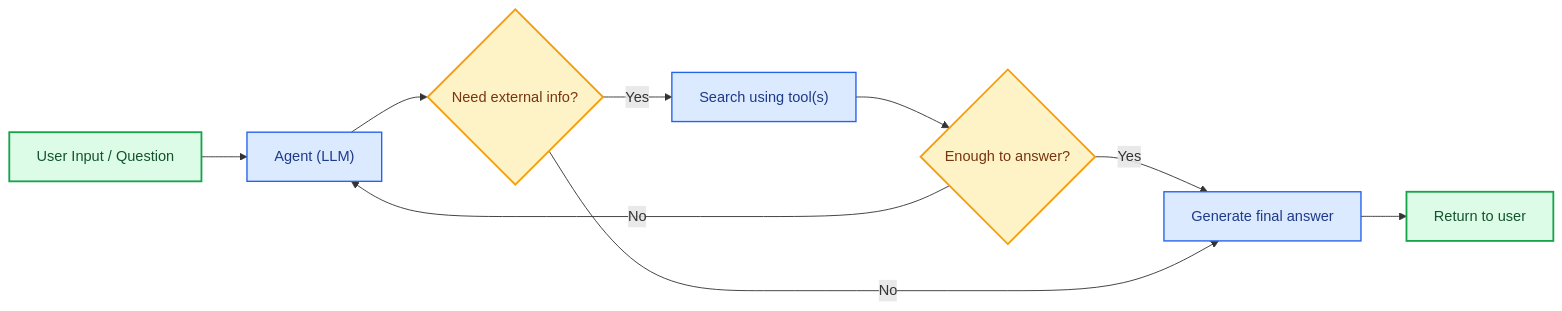
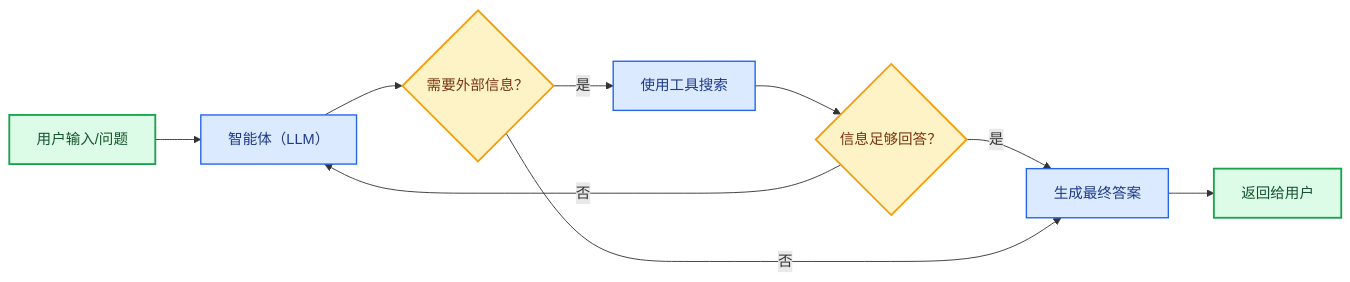
Before and after one commit to kunfan96/cndocs-langchain: the third of 4 diagrams in oss/python/langchain/retrieval.mdx, drawn with Mermaid. The commit also changed other lines of this file and 1030 other files, not shown here.

````diff
--- a/oss/python/langchain/retrieval.mdx
+++ b/oss/python/langchain/retrieval.mdx
@@ -178,20 +177,20 @@
 ```mermaid
 graph LR
-    A[User Input / Question] --> B["Agent (LLM)"]
-    B --> C{Need external info?}
-    C -- Yes --> D["Search using tool(s)"]
-    D --> H{Enough to answer?}
-    H -- No --> B
-    H -- Yes --> I[Generate final answer]
-    C -- No --> I
-    I --> J[Return to user]
+    A[用户输入/问题] --> B["智能体（LLM）"]
+    B --> C{需要外部信息？}
+    C -- 是 --> D["使用工具搜索"]
+    D --> H{信息足够回答？}
+    H -- 否 --> B
+    H -- 是 --> I[生成最终答案]
+    C -- 否 --> I
+    I --> J[返回给用户]
 
-    %% Dark-mode friendly styling
+    %% 深色模式友好的样式
     classDef startend fill:#DCFCE7,stroke:#16A34A,stroke-width:2px,color:#14532D
     classDef decision fill:#FEF3C7,stroke:#F59E0B,stroke-width:2px,color:#78350F
     classDef process fill:#DBEAFE,stroke:#2563EB,stroke-width:1.5px,color:#1E3A8A
 
     class A,J startend
     class B,D,I process
     class C,H decision
 ```
````
